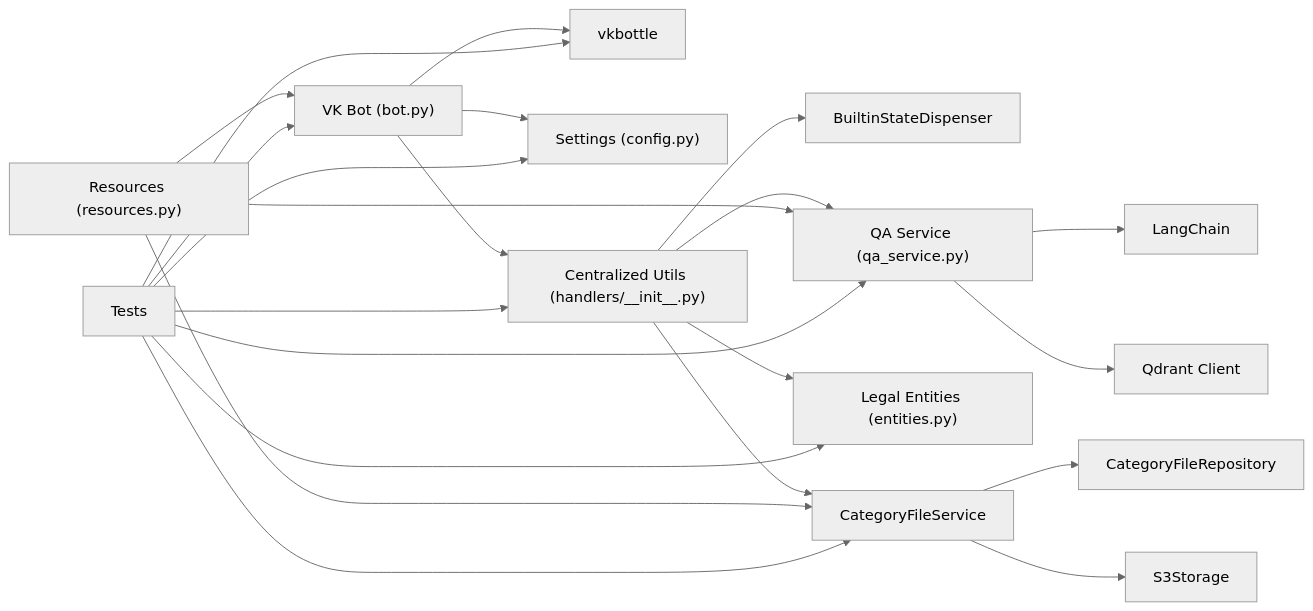
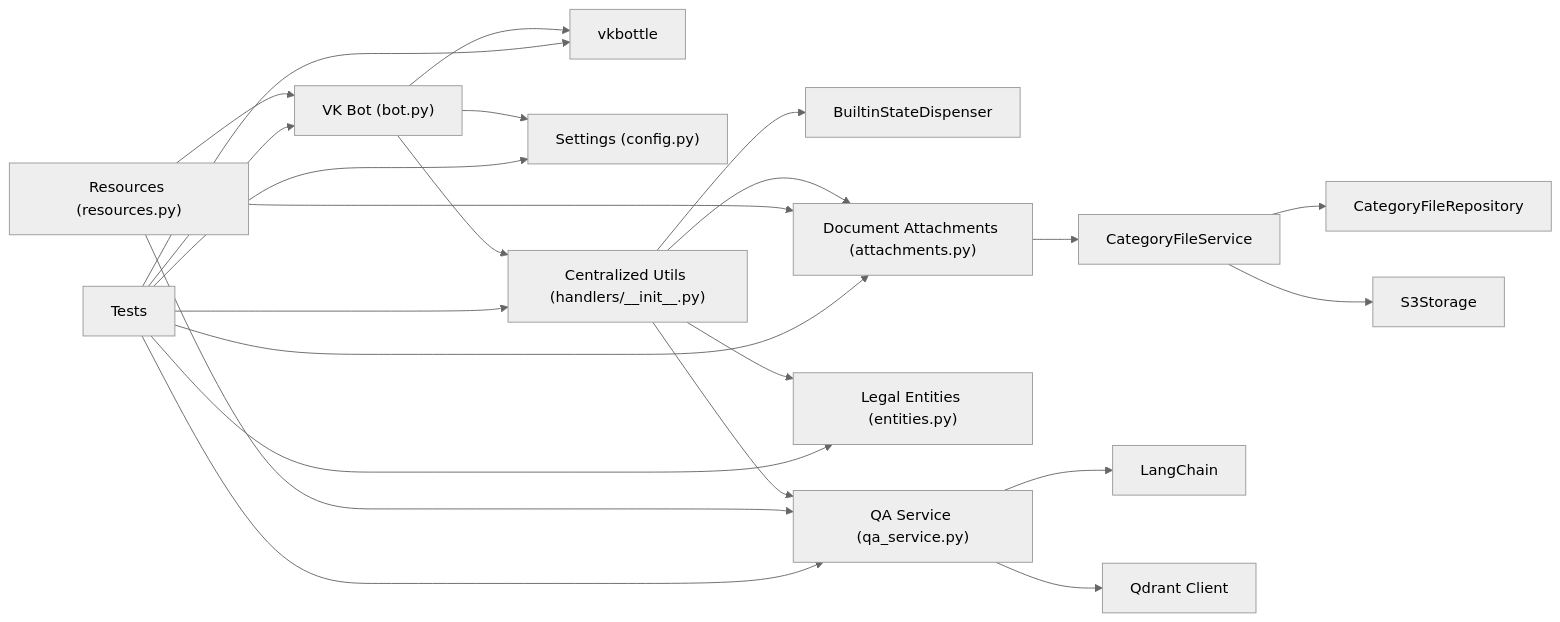
Diagram 20 of 20 in .qoder/repowiki/en/content/VK Integration/VK Integration.md (ognelis/cafetera_hr_bot), drawn with Mermaid (neutral theme) before and after one commit. The commit also changed other lines of this file and 14 other files, not shown here.

````diff
--- a/.qoder/repowiki/en/content/VK Integration/VK Integration.md
+++ b/.qoder/repowiki/en/content/VK Integration/VK Integration.md
@@ -1068,24 +1047,25 @@
 ```mermaid
 graph LR
 VKBot["VK Bot (bot.py)"] --> VKFw["vkbottle"]
 VKBot --> Cfg["Settings (config.py)"]
 VKBot --> Utils["Centralized Utils (handlers/__init__.py)"]
 Utils --> SD["BuiltinStateDispenser"]
 Utils --> QA["QA Service (qa_service.py)"]
 Utils --> Entities["Legal Entities (entities.py)"]
-Utils --> CFService["CategoryFileService"]
+Utils --> Attachments["Document Attachments (attachments.py)"]
+Attachments --> CFService["CategoryFileService"]
 CFService --> CFRepo["CategoryFileRepository"]
 CFService --> S3["S3Storage"]
 QA --> LangChain["LangChain"]
 QA --> Qdrant["Qdrant Client"]
 Resources["Resources (resources.py)"] --> VKBot
 Resources --> QA
-Resources --> CFService
+Resources --> Attachments
 Tests["Tests"] --> VKBot
 Tests --> Utils
 Tests --> QA
 Tests --> Entities
-Tests --> CFService
+Tests --> Attachments
 Tests --> VKFw
 Tests --> Cfg
 ```
````
